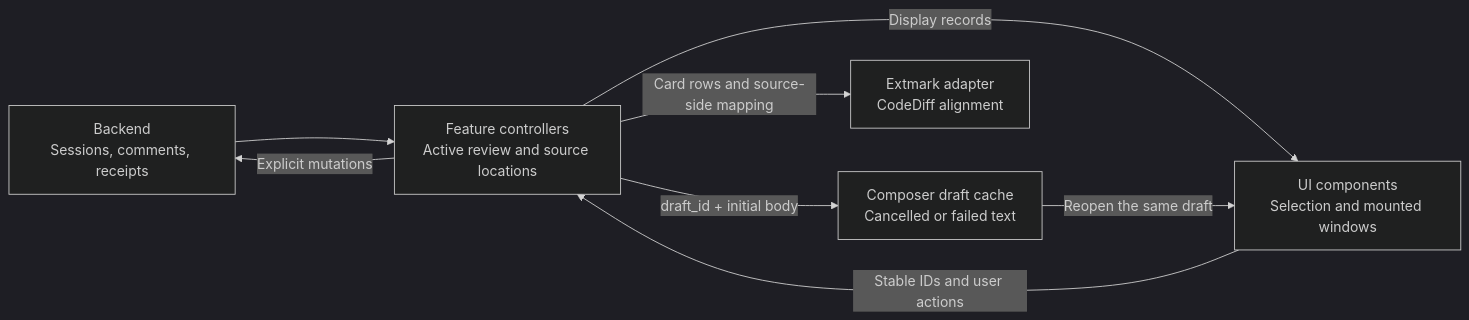
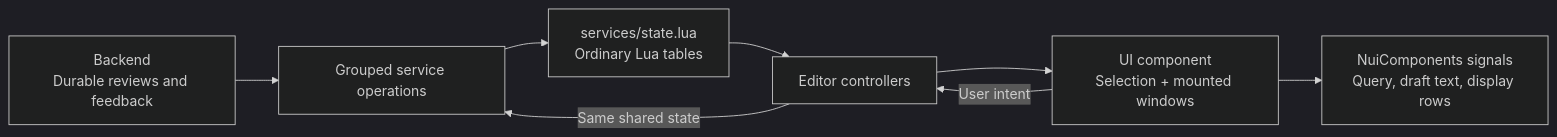
One commit to difflab-io/lgtm changed the fourth of 4 diagrams in docs/architecture/lgtm.nvim/index.md. Above: the diagram before and after it, drawn with Mermaid (dark theme). The commit also changed other lines of this file and 55 other files, not shown here.

Commit message:
refactor(nvim): separate services and compose UI views

````diff
--- a/docs/architecture/lgtm.nvim/index.md
+++ b/docs/architecture/lgtm.nvim/index.md
@@ -149,10 +192,10 @@
 ```mermaid
 flowchart LR
-  Backend["Backend<br/>Sessions, comments, receipts"] --> Controller["Feature controllers<br/>Active review and source locations"]
-  Controller -->|"Display records"| Views["UI components<br/>Selection and mounted windows"]
-  Controller -->|"draft_id + initial body"| Drafts["Composer draft cache<br/>Cancelled or failed text"]
-  Drafts -->|"Reopen the same draft"| Views
-  Views -->|"Stable IDs and user actions"| Controller
-  Controller -->|"Explicit mutations"| Backend
-  Controller -->|"Card rows and source-side mapping"| Adapter["Extmark adapter<br/>CodeDiff alignment"]
+  Backend["Backend<br/>Durable reviews and feedback"] --> Service["Grouped service operations"]
+  Service --> Store["services/state.lua<br/>Ordinary Lua tables"]
+  Store --> Controller["Editor controllers"]
+  Controller --> View["UI component<br/>Selection + mounted windows"]
+  View --> Signal["NuiComponents signals<br/>Query, draft text, display rows"]
+  View -->|"User intent"| Controller
+  Controller -->|"Same shared state"| Service
 ```
````
